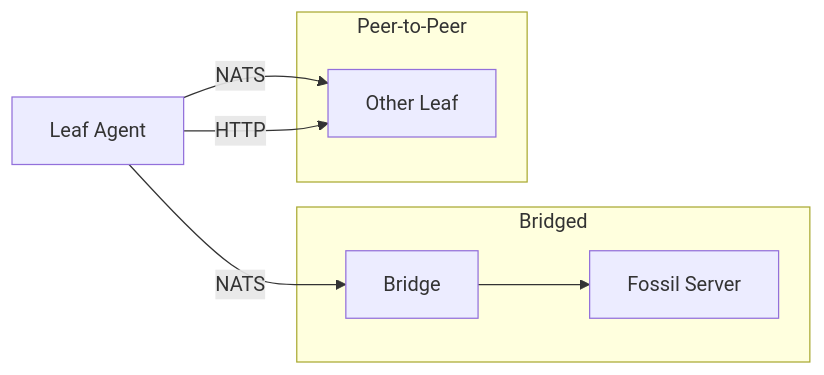
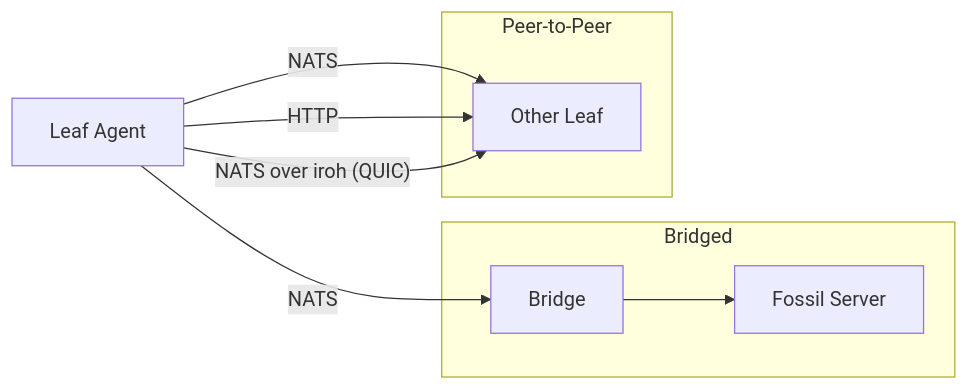
Before and after one commit to danmestas/EdgeSync: the diagram in README.md, drawn with Mermaid. The commit also changed other lines of this file and 3 other files, not shown here.

First line of the commit message:
docs: update all docs for NATS-over-iroh and P2P connection guide

````diff
--- a/README.md
+++ b/README.md
@@ -7,16 +7,17 @@
 ```mermaid
 graph LR
     Leaf[Leaf Agent]
 
     subgraph Bridged
         Bridge[Bridge] --> Fossil[Fossil Server]
     end
 
     subgraph Peer-to-Peer
         Peer[Other Leaf]
     end
 
     Leaf -- NATS --> Bridge
     Leaf -- NATS --> Peer
     Leaf -- HTTP --> Peer
+    Leaf -- "NATS over iroh (QUIC)" --> Peer
 ```
````
